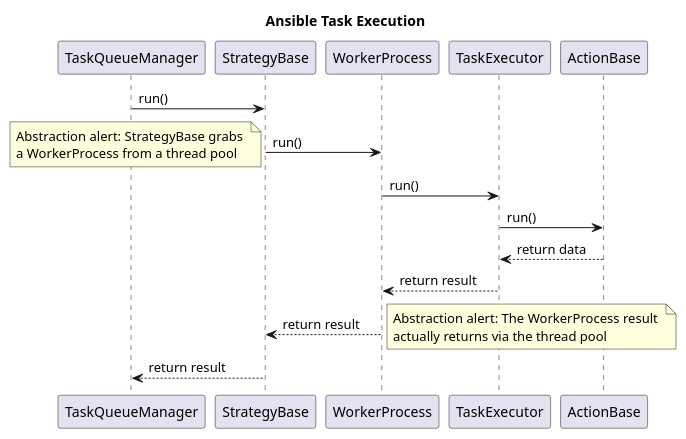
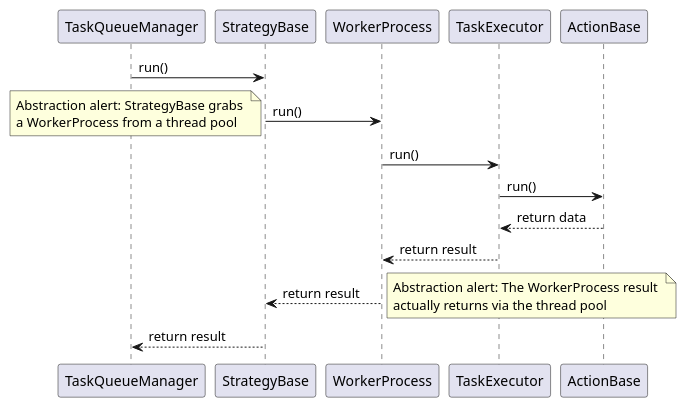
Before and after one commit to ezequiels/nazz: the diagram in project/uml/SequenceDiagram/TaskQueueManager.puml, drawn with PlantUML. The commit also changed 3 other files, not shown here.

Commit message:
Make some diagram titles more consistent, added _connect to Connection class diagram.

```diff
--- a/project/uml/SequenceDiagram/TaskQueueManager.puml
+++ b/project/uml/SequenceDiagram/TaskQueueManager.puml
@@ -1,15 +1,12 @@
 @startuml
-
-title Ansible Task Execution
 TaskQueueManager->StrategyBase: run()
 StrategyBase->WorkerProcess: run()
 note left: Abstraction alert: StrategyBase grabs \na WorkerProcess from a thread pool
 WorkerProcess->TaskExecutor: run()
 TaskExecutor->ActionBase: run()
 ActionBase-->TaskExecutor: return data
 TaskExecutor-->WorkerProcess: return result
 WorkerProcess-->StrategyBase: return result
 note right: Abstraction alert: The WorkerProcess result \nactually returns via the thread pool
 StrategyBase-->TaskQueueManager: return result
-
 @enduml
```
